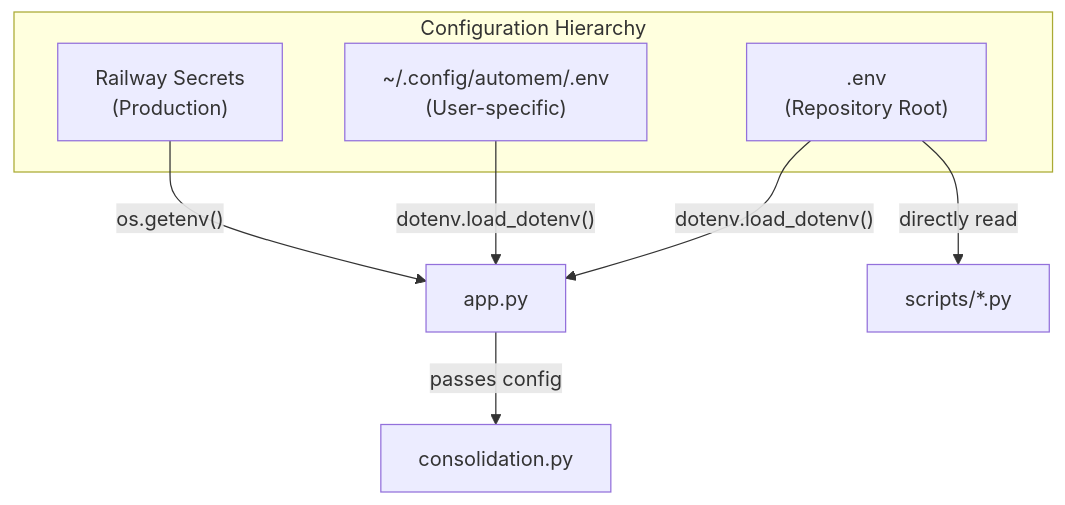
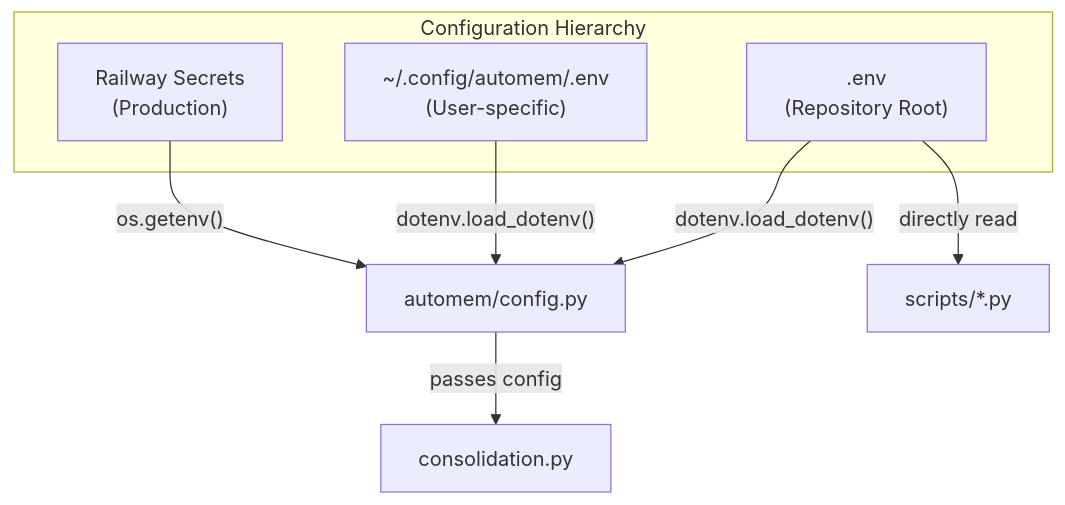
One commit to verygoodplugins/automem-website changed the first of 5 diagrams in src/content/docs/docs/reference/configuration.md. Above: the diagram before and after it, drawn with Mermaid. The commit also changed 15 other files, not shown here.

````diff
--- a/src/content/docs/docs/reference/configuration.md
+++ b/src/content/docs/docs/reference/configuration.md
@@ -26,19 +26,19 @@
 ```mermaid
 graph TB
     subgraph "Configuration Hierarchy"
         EnvFile[".env<br/>(Repository Root)"]
         HomeConfig["~/.config/automem/.env<br/>(User-specific)"]
         RailwaySecrets["Railway Secrets<br/>(Production)"]
     end
 
-    AppPy["app.py"]
+    Config["automem/config.py"]
     ConsPy["consolidation.py"]
     Scripts["scripts/*.py"]
 
-    EnvFile -->|"dotenv.load_dotenv()"| AppPy
-    HomeConfig -->|"dotenv.load_dotenv()"| AppPy
-    RailwaySecrets -->|"os.getenv()"| AppPy
+    EnvFile -->|"dotenv.load_dotenv()"| Config
+    HomeConfig -->|"dotenv.load_dotenv()"| Config
+    RailwaySecrets -->|"os.getenv()"| Config
 
-    AppPy -->|"passes config"| ConsPy
+    Config -->|"passes config"| ConsPy
     EnvFile -->|"directly read"| Scripts
 ```
````
